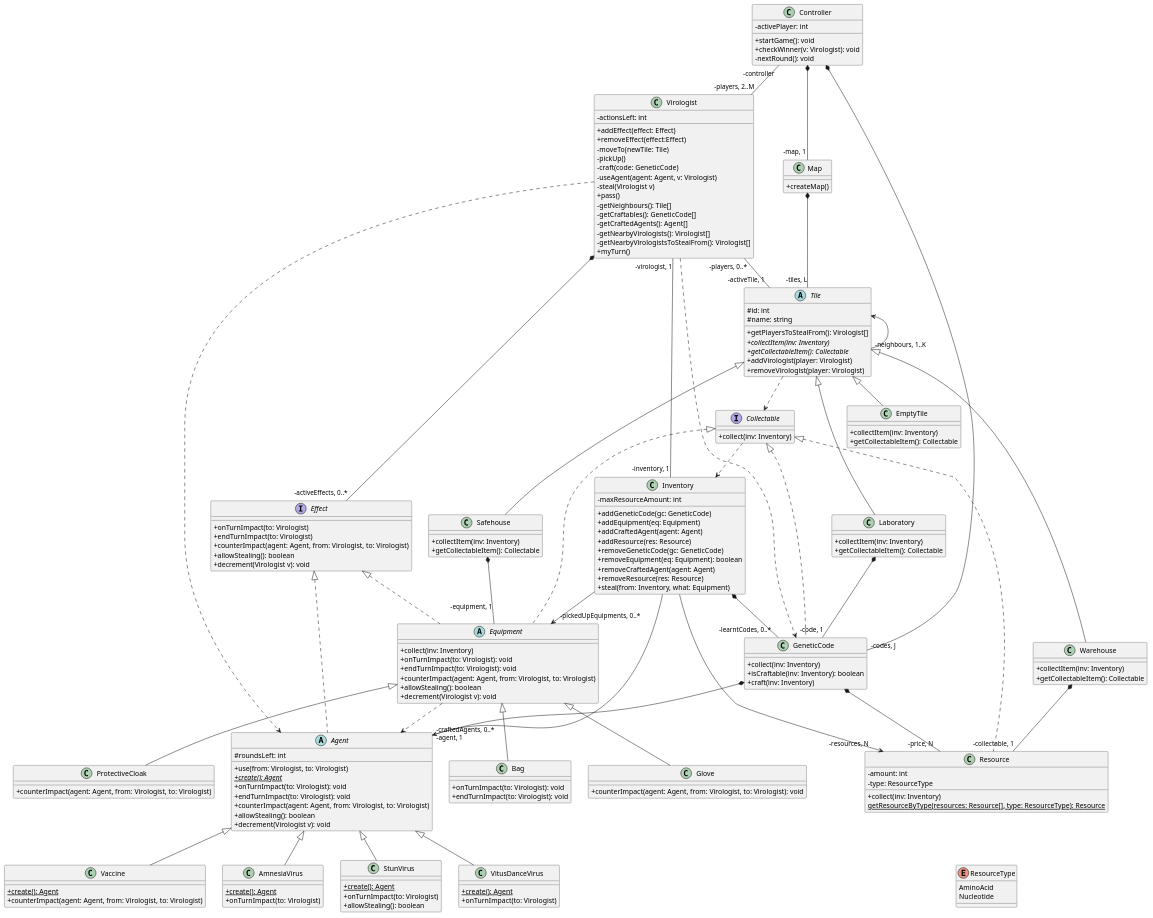
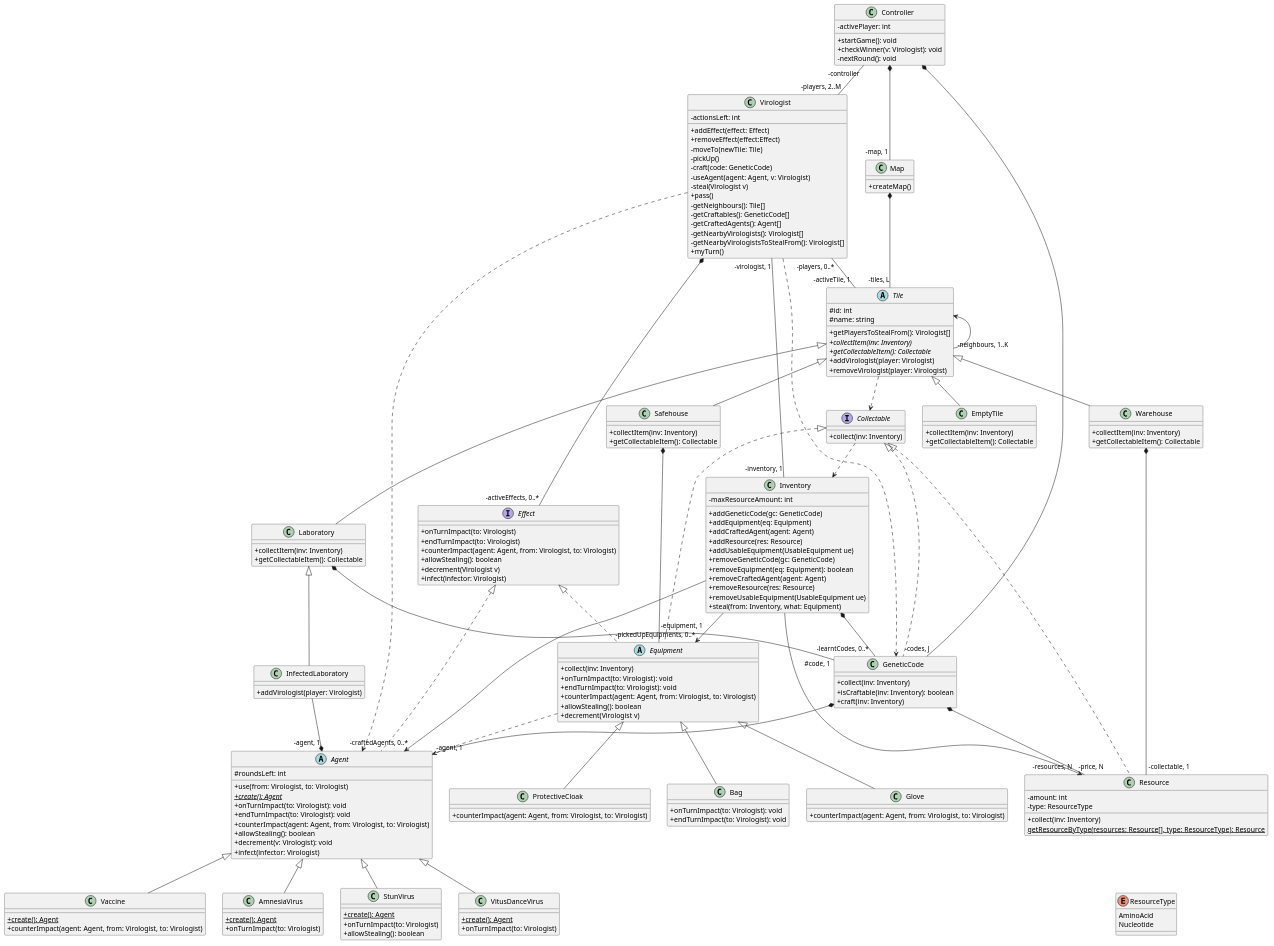
Before and after one commit to Tschonti/503-service-unavailable: the diagram in docs/classDiagrams/classDiagram.puml, drawn with PlantUML. The commit also changed 6 other files, not shown here.

```diff
--- a/docs/classDiagrams/classDiagram.puml
+++ b/docs/classDiagrams/classDiagram.puml
@@ -27,7 +27,8 @@
     +endTurnImpact(to: Virologist): void
     +counterImpact(agent: Agent, from: Virologist, to: Virologist)
     +allowStealing(): boolean
-    +decrement(Virologist v): void
+    +decrement(v: Virologist): void
+    +infect(infector: Virologist)
 }
 
 class AmnesiaVirus extends Agent{
@@ -75,18 +76,23 @@
     +addEquipment(eq: Equipment)
     +addCraftedAgent(agent: Agent)
     +addResource(res: Resource)
+    +addUsableEquipment(UsableEquipment ue)
     +removeGeneticCode(gc: GeneticCode)
     +removeEquipment(eq: Equipment): boolean
     +removeCraftedAgent(agent: Agent)
     +removeResource(res: Resource)
+    +removeUsableEquipment(UsableEquipment ue)
     +steal(from: Inventory, what: Equipment)
 }
+
+
 interface Effect {
     +onTurnImpact(to: Virologist)
     +endTurnImpact(to: Virologist)
     +counterImpact(agent: Agent, from: Virologist, to: Virologist)
     +allowStealing(): boolean
-    +decrement(Virologist v): void
+    +decrement(Virologist v)
+    +infect(infector: Virologist)
 }
 class GeneticCode implements Collectable {
     +collect(inv: Inventory) /'Collectable'/
@@ -124,7 +130,7 @@
     +endTurnImpact(to: Virologist): void
     +counterImpact(agent: Agent, from: Virologist, to: Virologist)
     +allowStealing(): boolean
-    +decrement(Virologist v): void
+    +decrement(Virologist v)
 }
 class ProtectiveCloak extends Equipment {
     +counterImpact(agent: Agent, from: Virologist, to: Virologist) /'Equipment'/
@@ -135,7 +141,7 @@
     +endTurnImpact(to: Virologist): void /'Equipment'/
 }
 class Glove extends Equipment {
-    +counterImpact(agent: Agent, from: Virologist, to: Virologist): void /'Equipment'/
+    +counterImpact(agent: Agent, from: Virologist, to: Virologist) /'Equipment'/
 }
 
 abstract class Tile {
@@ -147,10 +153,19 @@
     +addVirologist(player: Virologist)
     +removeVirologist(player: Virologist)
 }
-class Laboratory extends Tile {
-    +collectItem(inv: Inventory)
-    +getCollectableItem(): Collectable
+
+together {
+    class Laboratory extends Tile {
+        +collectItem(inv: Inventory)
+        +getCollectableItem(): Collectable
+    }
+
+    class InfectedLaboratory extends Laboratory {
+         +addVirologist(player: Virologist)
+    }
 }
+
+Agent " -agent, 1" *-- InfectedLaboratory
 
 class Safehouse extends Tile {
     +collectItem(inv: Inventory)
@@ -169,7 +184,7 @@
     +createMap()
 }
 
-Laboratory *-- "-code, 1" GeneticCode
+Laboratory *-- " #code, 1" GeneticCode
 Safehouse *-- "-equipment, 1\n" Equipment
 Warehouse *-- "-collectable, 1" Resource
 
```
